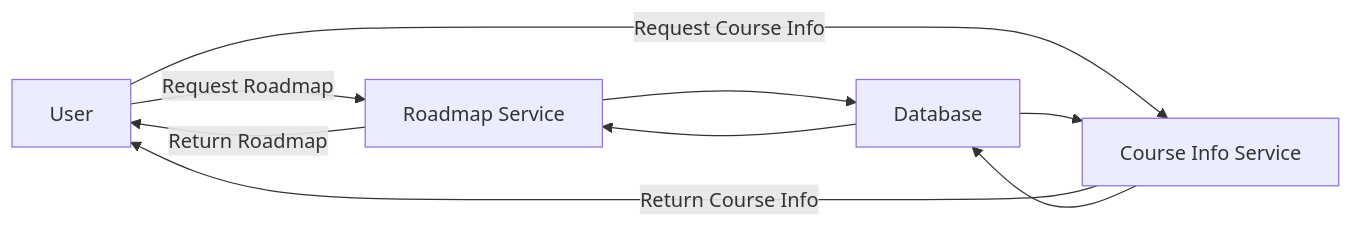
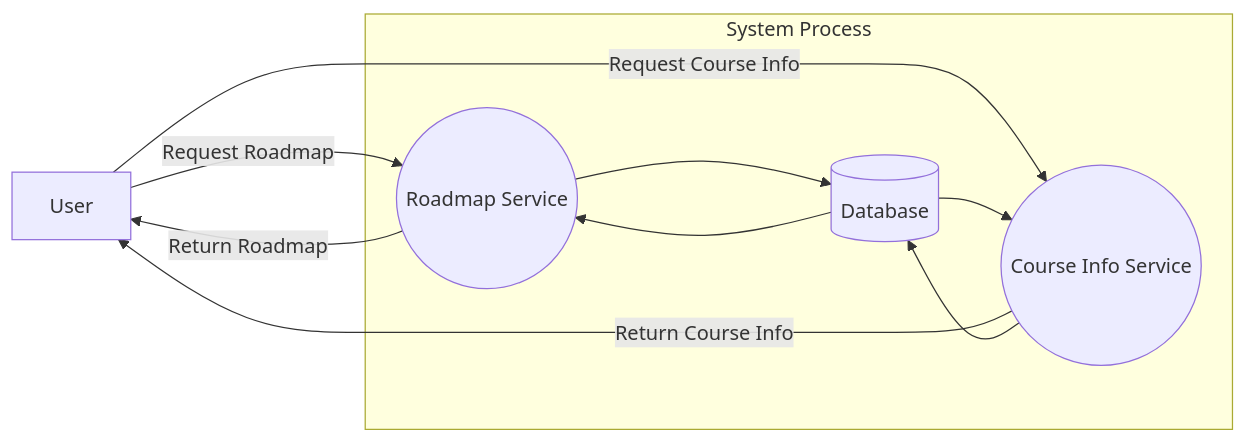
Before and after one commit to SWECOS4101/Test1: the third of 3 diagrams in README.md, drawn with Mermaid. The commit also changed other lines of this file, not shown here.

Commit message:
docs: Improve flow-oriented model diagrams in README.md for clarity and structure

````diff
--- a/README.md
+++ b/README.md
@@ -127,11 +131,16 @@
 ```mermaid
 graph LR
-    A[User] -->|Request Roadmap| B[Roadmap Service]
-    A -->|Request Course Info| C[Course Info Service]
-    B -->|Return Roadmap| A
-    C -->|Return Course Info| A
-    B --> D[Database]
-    C --> D
-    D --> B
-    D --> C
+    user[User] -->|Request Roadmap| process_roadmap((Roadmap Service))
+    user -->|Request Course Info| process_course((Course Info Service))
+    process_roadmap -->|Return Roadmap| user
+    process_course -->|Return Course Info| user
+    process_roadmap --> data_store[(Database)]
+    process_course --> data_store
+    data_store --> process_roadmap
+    data_store --> process_course
+    subgraph My Bounding Box [System Process]
+        process_roadmap((Roadmap Service))
+        process_course((Course Info Service))
+        data_store[(Database)]
+    end
 ```
````
